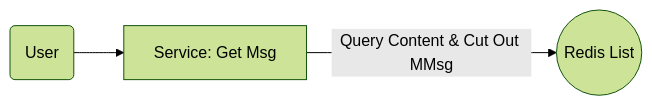
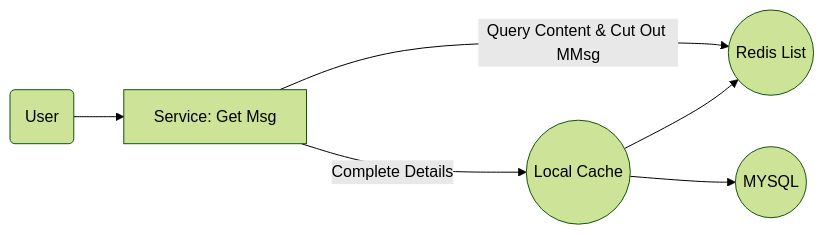
The diagram in Design/Feed Streaming Design/Feed Streaming Design (4) - Feed Pull.md (qwe2820435o2/SceneGuide), drawn with Mermaid (forest theme) before and after one commit.

Commit message:
feat: finish Process part two

````diff
--- a/Design/Feed Streaming Design/Feed Streaming Design (4) - Feed Pull.md
+++ b/Design/Feed Streaming Design/Feed Streaming Design (4) - Feed Pull.md
@@ -18,6 +18,8 @@
 ```mermaid
 graph LR
 A(User)  --> B[Service: Get Msg]
 B[Service: Get Msg] -- Query Content & Cut Out MMsg --> C((Redis List))
-
+B[Service: Get Msg] -- Complete Details --> D((Local Cache))
+D((Local Cache))  --> C((Redis List))
+D((Local Cache))  --> E((MYSQL))
 ```
````
